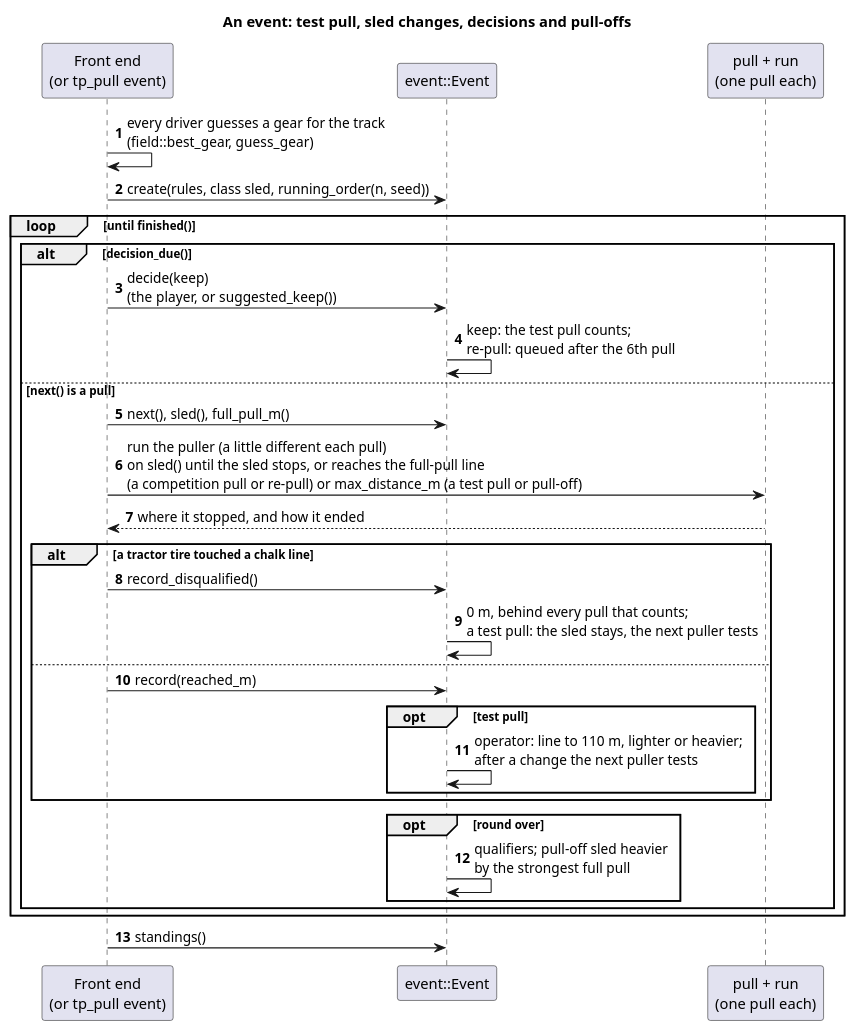
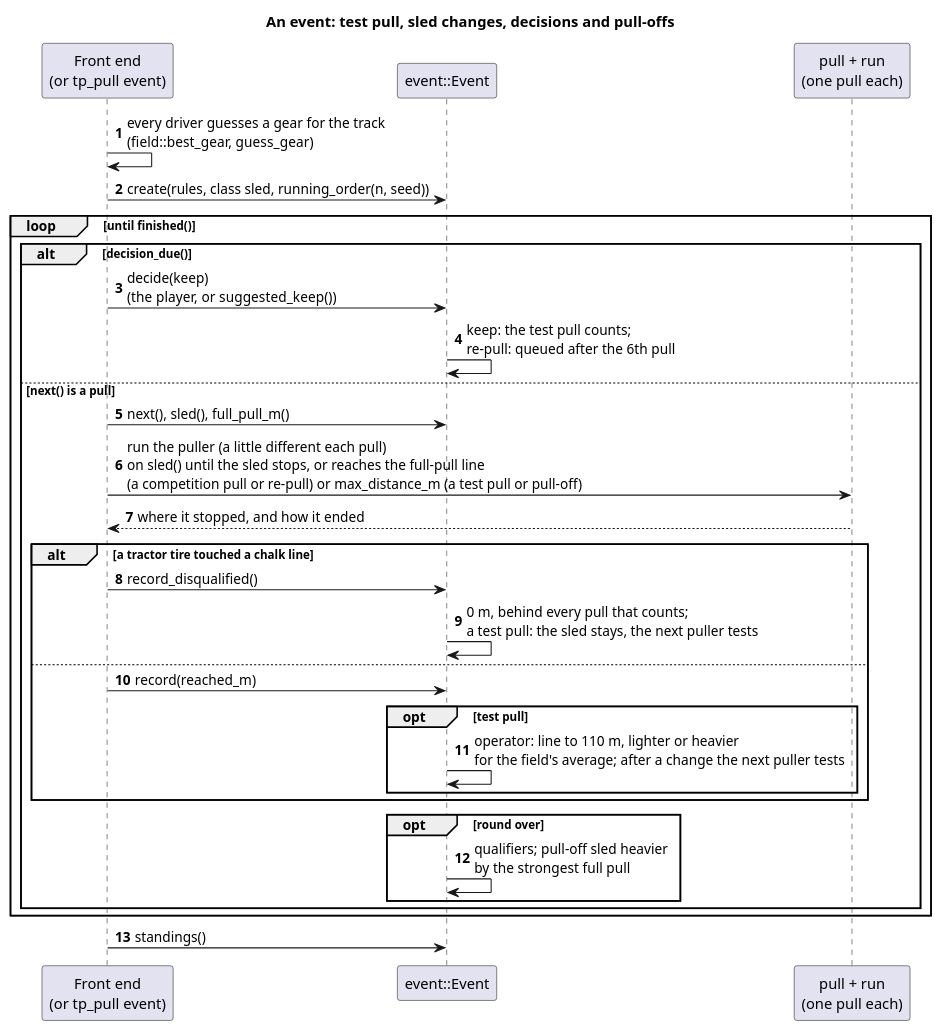
Before and after one commit to wversteeg/TractorPulling: the diagram in docs/diagrams/event_sequence.puml, drawn with PlantUML. The commit also changed 17 other files, not shown here.

First line of the commit message:
The sled operator sets the sled for the field's average, not its strongest

```diff
--- a/docs/diagrams/event_sequence.puml
+++ b/docs/diagrams/event_sequence.puml
@@ -1,33 +1,33 @@
 @startuml event_sequence
 title An event: test pull, sled changes, decisions and pull-offs
 autonumber
 participant "Front end\n(or tp_pull event)" as Caller
 participant "event::Event" as Event
 participant "pull + run\n(one pull each)" as Run
 
 Caller -> Caller : every driver guesses a gear for the track\n(field::best_gear, guess_gear)
 Caller -> Event : create(rules, class sled, running_order(n, seed))
 loop until finished()
   alt decision_due()
     Caller -> Event : decide(keep)\n(the player, or suggested_keep())
     Event -> Event : keep: the test pull counts;\nre-pull: queued after the 6th pull
   else next() is a pull
     Caller -> Event : next(), sled(), full_pull_m()
     Caller -> Run : run the puller (a little different each pull)\non sled() until the sled stops, or reaches the full-pull line\n(a competition pull or re-pull) or max_distance_m (a test pull or pull-off)
     Run --> Caller : where it stopped, and how it ended
     alt a tractor tire touched a chalk line
       Caller -> Event : record_disqualified()
       Event -> Event : 0 m, behind every pull that counts;\na test pull: the sled stays, the next puller tests
     else
       Caller -> Event : record(reached_m)
       opt test pull
-        Event -> Event : operator: line to 110 m, lighter or heavier;\nafter a change the next puller tests
+        Event -> Event : operator: line to 110 m, lighter or heavier\nfor the field's average; after a change the next puller tests
       end
     end
     opt round over
       Event -> Event : qualifiers; pull-off sled heavier\nby the strongest full pull
     end
   end
 end
 Caller -> Event : standings()
 @enduml
```
